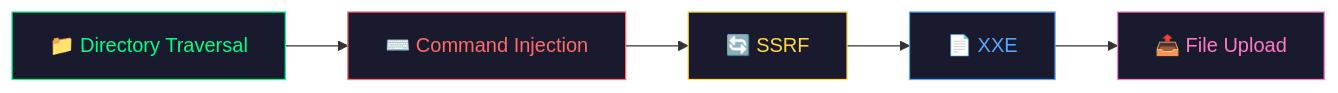
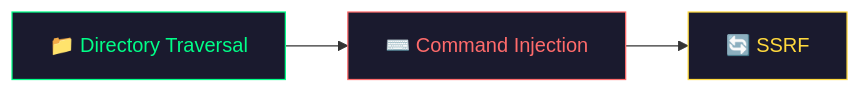
Before and after one commit to f20230198-art/Bug-Bounty-Hunting: the first of 2 diagrams in Day-2.md, drawn with Mermaid. The commit also changed other lines of this file and 8 other files, not shown here.

````diff
--- a/Day-2.md
+++ b/Day-2.md
@@ -11,12 +11,8 @@
 ```mermaid
 graph LR
     A["📁 Directory Traversal"] --> B["⌨️ Command Injection"]
     B --> C["🔄 SSRF"]
-    C --> D["📄 XXE"]
-    D --> E["📤 File Upload"]
     style A fill:#1a1a2e,stroke:#00ff88,color:#00ff88
     style B fill:#1a1a2e,stroke:#ff6b6b,color:#ff6b6b
     style C fill:#1a1a2e,stroke:#ffd93d,color:#ffd93d
-    style D fill:#1a1a2e,stroke:#58a6ff,color:#58a6ff
-    style E fill:#1a1a2e,stroke:#ff79c6,color:#ff79c6
 ```
````
